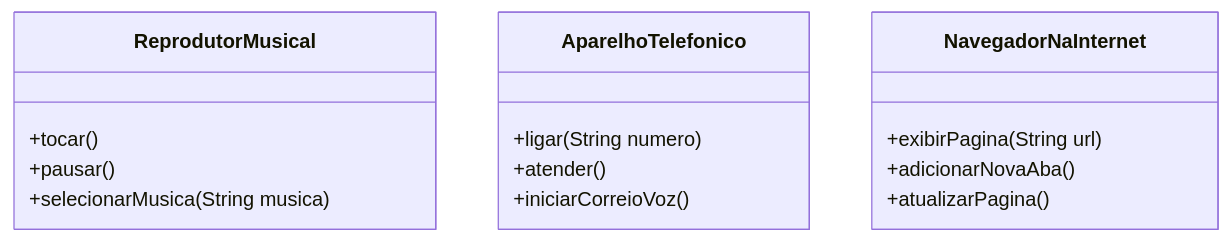
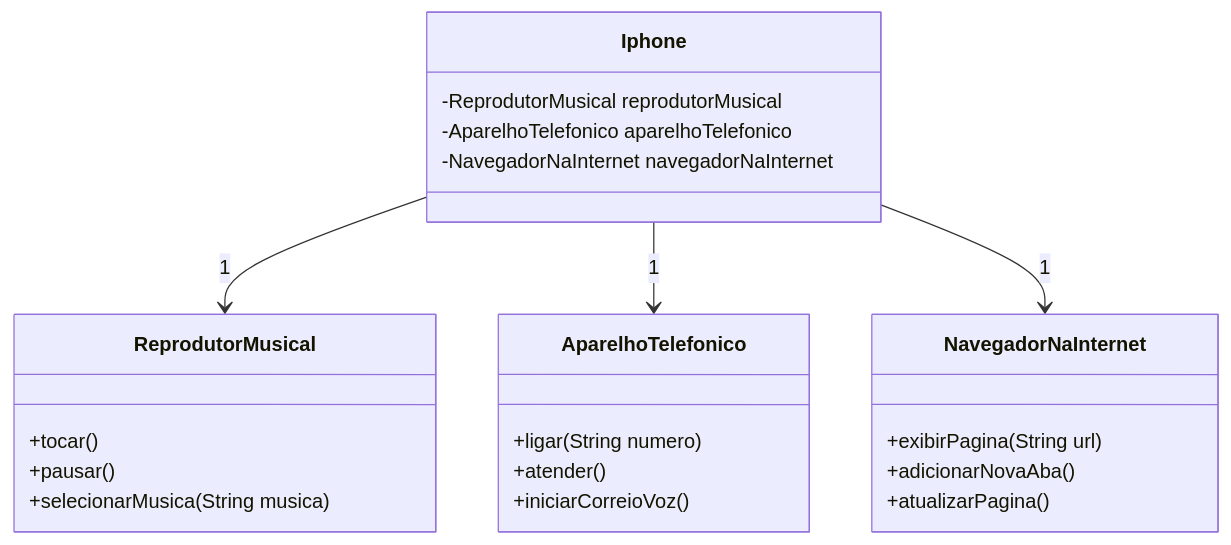
One commit to RenanReisFernandes/dio-modelagem-iphone changed the diagram in README.md. Above: the diagram before and after it, drawn with Mermaid.

Commit message:
Implementacao dos relacionamentos do UML em README.md

````diff
--- a/README.md
+++ b/README.md
@@ -19,20 +19,30 @@
 ```mermaid
 classDiagram
+   class Iphone {
+        -ReprodutorMusical reprodutorMusical
+        -AparelhoTelefonico aparelhoTelefonico
+        -NavegadorNaInternet navegadorNaInternet
+    }
+    
     class ReprodutorMusical {
         +tocar()
         +pausar()
         +selecionarMusica(String musica)
     }
-
+    
     class AparelhoTelefonico {
         +ligar(String numero)
         +atender()
         +iniciarCorreioVoz()
     }
-
+    
     class NavegadorNaInternet {
         +exibirPagina(String url)
         +adicionarNovaAba()
         +atualizarPagina()
     }
+    
+    Iphone --> ReprodutorMusical : 1
+    Iphone --> AparelhoTelefonico : 1
+    Iphone --> NavegadorNaInternet : 1
 ```
````
